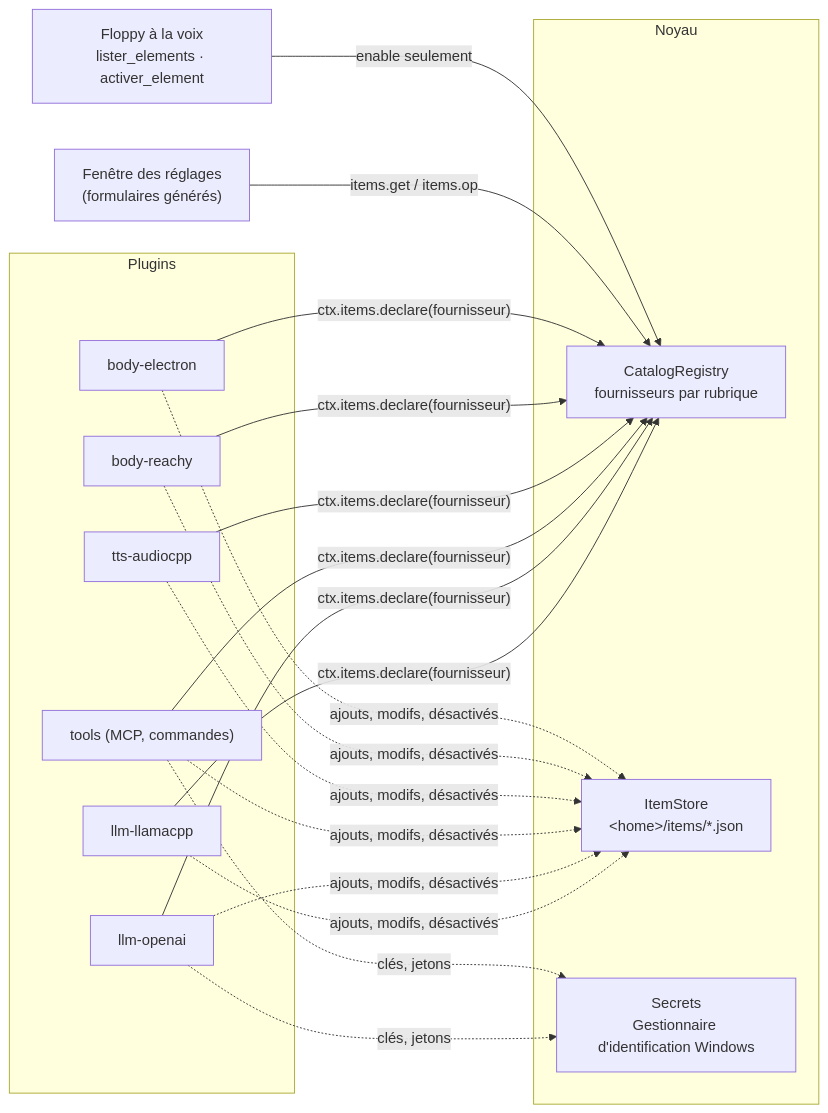
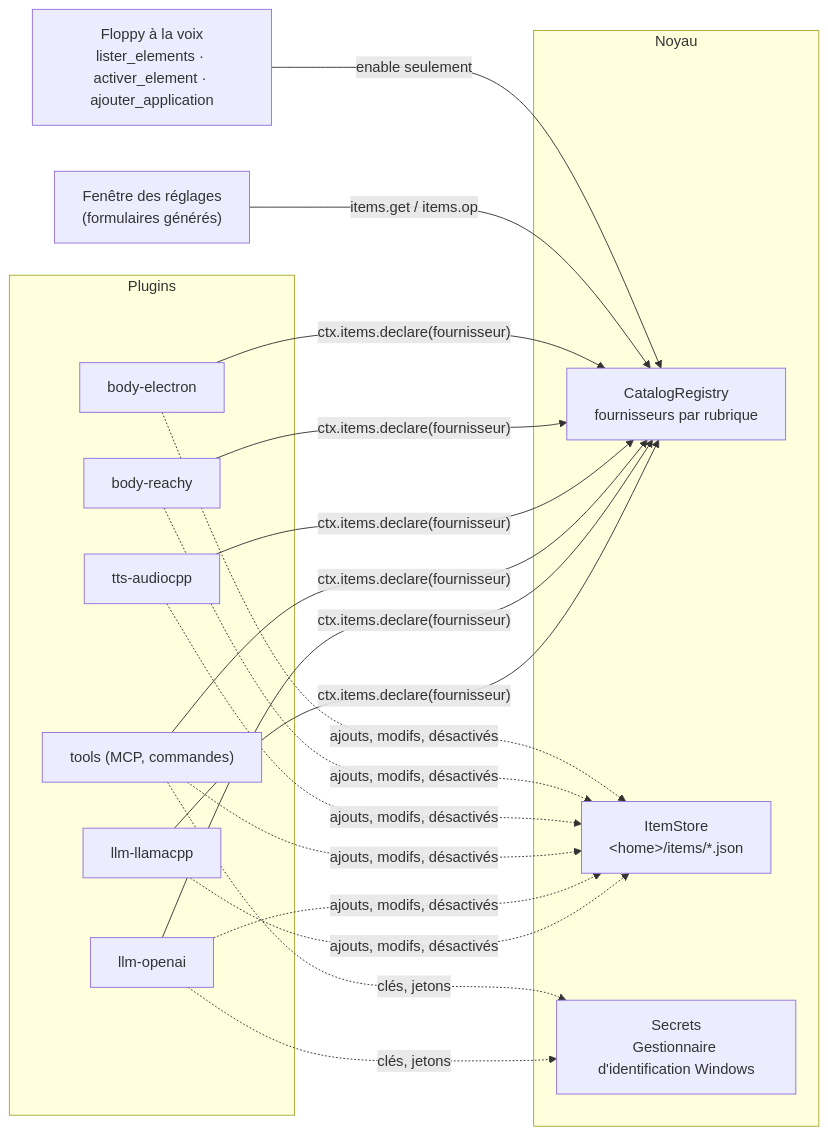
Before and after one commit to gleborgne/floppy: the second of 5 diagrams in docs/spec/elements.md, drawn with Mermaid. The commit also changed other lines of this file and 6 other files, not shown here.

````diff
--- a/docs/spec/elements.md
+++ b/docs/spec/elements.md
@@ -56,23 +56,23 @@
 ```mermaid
 flowchart LR
   subgraph P["Plugins"]
     L["llm-llamacpp"]
     O["llm-openai"]
     T["tools (MCP, commandes)"]
     V["tts-audiocpp"]
     R["body-reachy"]
     E["body-electron"]
   end
   subgraph K["Noyau"]
     C["CatalogRegistry<br/>fournisseurs par rubrique"]
     S["ItemStore<br/>&lt;home&gt;/items/*.json"]
     X["Secrets<br/>Gestionnaire d'identification Windows"]
   end
   W["Fenêtre des réglages<br/>(formulaires générés)"]
-  F["Floppy à la voix<br/>lister_elements · activer_element"]
+  F["Floppy à la voix<br/>lister_elements · activer_element · ajouter_application"]
   L & O & T & V & R & E -- "ctx.items.declare(fournisseur)" --> C
   L & O & T & V & R & E -. "ajouts, modifs, désactivés" .-> S
   O & T -. "clés, jetons" .-> X
   W -- "items.get / items.op" --> C
   F -- "enable seulement" --> C
 ```
````
